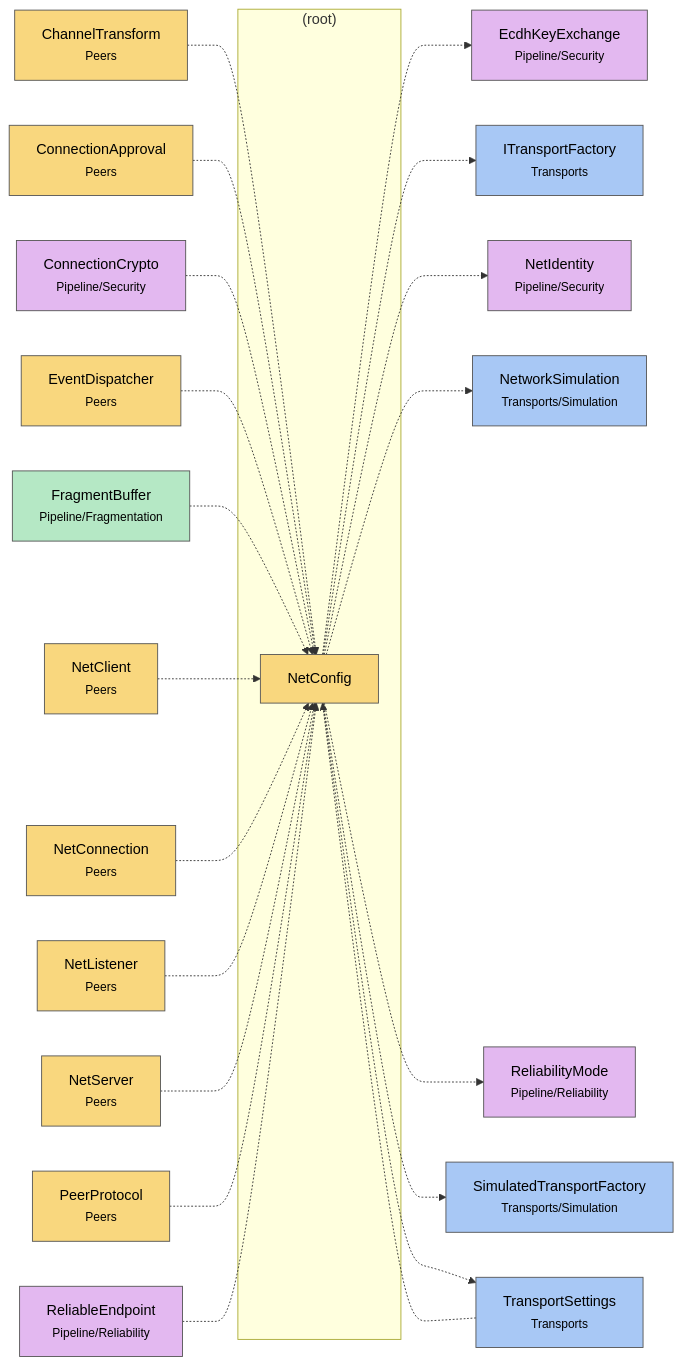
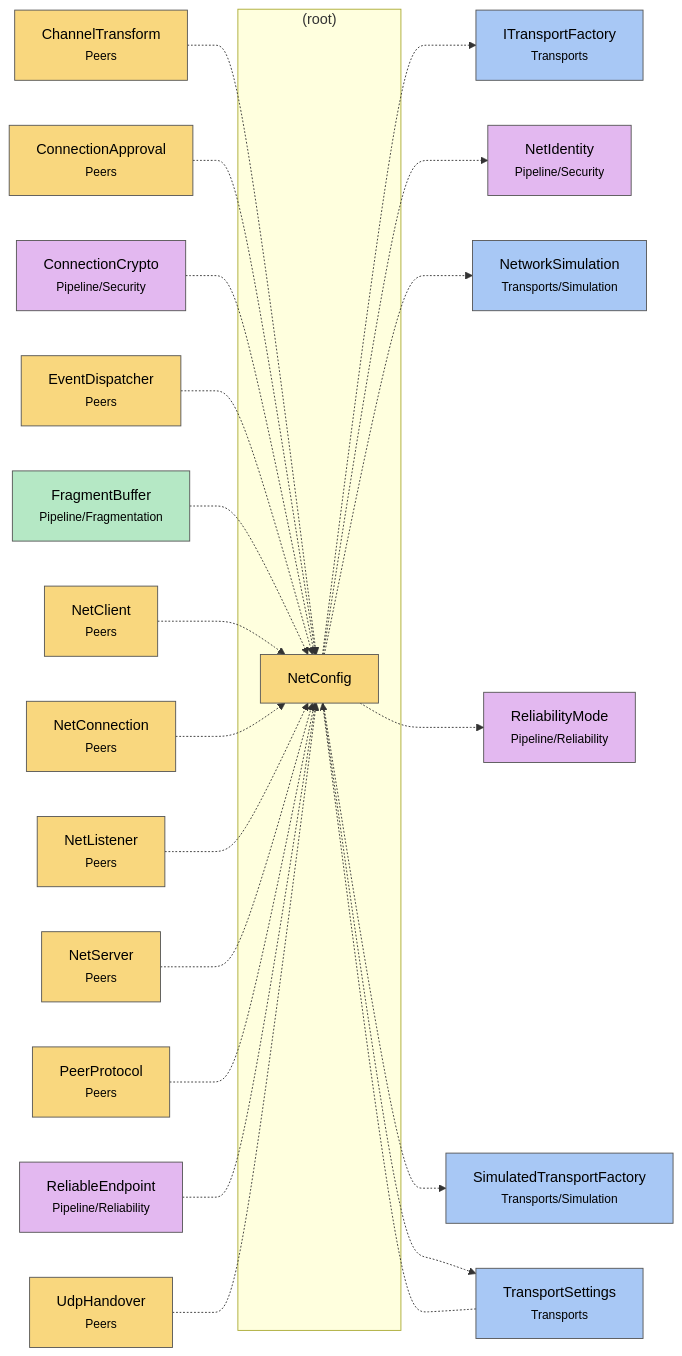
One commit to VladislavKresov/NetSync changed the diagram in docs/4 Diagrams/Modules/Module map root.md. Above: the diagram before and after it, drawn with Mermaid. The commit also changed other lines of this file and 56 other files, not shown here.

Commit message:
Docs: limitations and roadmap after rc.6 work; regenerated code reference

````diff
--- a/docs/4 Diagrams/Modules/Module map root.md
+++ b/docs/4 Diagrams/Modules/Module map root.md
@@ -11,48 +11,48 @@
 ```mermaid
 flowchart LR
   subgraph f__root_["(root)"]
     m_NetConfig["NetConfig"]:::api
   end
   m_ChannelTransform["ChannelTransform<br/><small>Peers</small>"]:::api
   m_ConnectionApproval["ConnectionApproval<br/><small>Peers</small>"]:::api
   m_EventDispatcher["EventDispatcher<br/><small>Peers</small>"]:::api
   m_NetClient["NetClient<br/><small>Peers</small>"]:::api
   m_NetConnection["NetConnection<br/><small>Peers</small>"]:::api
   m_NetListener["NetListener<br/><small>Peers</small>"]:::api
   m_NetServer["NetServer<br/><small>Peers</small>"]:::api
   m_PeerProtocol["PeerProtocol<br/><small>Peers</small>"]:::api
+  m_UdpHandover["UdpHandover<br/><small>Peers</small>"]:::api
   m_ReliabilityMode["ReliabilityMode<br/><small>Pipeline/Reliability</small>"]:::session
   m_ReliableEndpoint["ReliableEndpoint<br/><small>Pipeline/Reliability</small>"]:::session
   m_ConnectionCrypto["ConnectionCrypto<br/><small>Pipeline/Security</small>"]:::session
-  m_EcdhKeyExchange["EcdhKeyExchange<br/><small>Pipeline/Security</small>"]:::session
   m_NetIdentity["NetIdentity<br/><small>Pipeline/Security</small>"]:::session
   m_ITransportFactory["ITransportFactory<br/><small>Transports</small>"]:::transports
   m_TransportSettings["TransportSettings<br/><small>Transports</small>"]:::transports
   m_NetworkSimulation["NetworkSimulation<br/><small>Transports/Simulation</small>"]:::transports
   m_SimulatedTransportFactory["SimulatedTransportFactory<br/><small>Transports/Simulation</small>"]:::transports
   m_FragmentBuffer["FragmentBuffer<br/><small>Pipeline/Fragmentation</small>"]:::infrastructure
-  m_NetConfig -.-> m_EcdhKeyExchange
   m_NetConfig -.-> m_ITransportFactory
   m_NetConfig -.-> m_NetIdentity
   m_NetConfig -.-> m_NetworkSimulation
   m_NetConfig -.-> m_ReliabilityMode
   m_NetConfig -.-> m_SimulatedTransportFactory
   m_NetConfig -.-> m_TransportSettings
   m_ChannelTransform -.-> m_NetConfig
   m_ConnectionApproval -.-> m_NetConfig
   m_ConnectionCrypto -.-> m_NetConfig
   m_EventDispatcher -.-> m_NetConfig
   m_FragmentBuffer -.-> m_NetConfig
   m_NetClient -.-> m_NetConfig
   m_NetConnection -.-> m_NetConfig
   m_NetListener -.-> m_NetConfig
   m_NetServer -.-> m_NetConfig
   m_PeerProtocol -.-> m_NetConfig
   m_ReliableEndpoint -.-> m_NetConfig
   m_TransportSettings -.-> m_NetConfig
+  m_UdpHandover -.-> m_NetConfig
   classDef api fill:#f9d77e,stroke:#555,color:#000
   classDef session fill:#e3b8f0,stroke:#555,color:#000
   classDef transports fill:#a8c8f5,stroke:#555,color:#000
   classDef infrastructure fill:#b5e8c5,stroke:#555,color:#000
   classDef foundation fill:#dddddd,stroke:#555,color:#000
 ```
````
